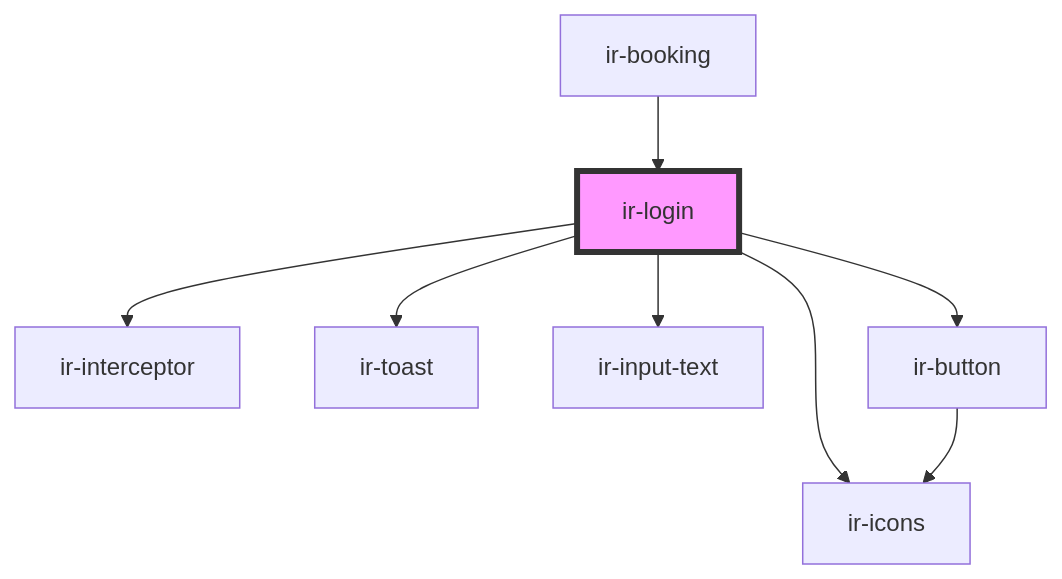
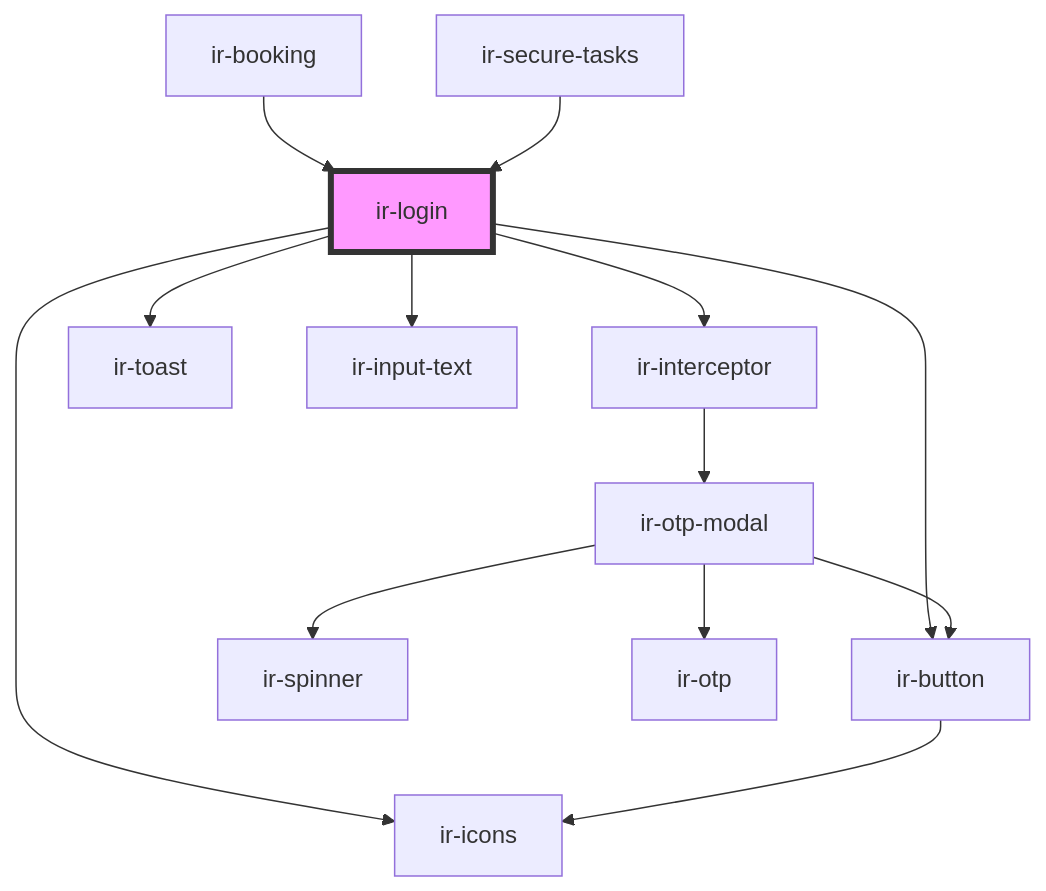
Before and after one commit to RonyRizk/ir-webcmp: the diagram in src/components/ir-login/readme.md, drawn with Mermaid. The commit also changed other lines of this file and 293 other files, not shown here.

````diff
--- a/src/components/ir-login/readme.md
+++ b/src/components/ir-login/readme.md
@@ -30,11 +31,16 @@
 ```mermaid
 graph TD;
   ir-login --> ir-interceptor
   ir-login --> ir-toast
   ir-login --> ir-input-text
   ir-login --> ir-icons
   ir-login --> ir-button
+  ir-interceptor --> ir-otp-modal
+  ir-otp-modal --> ir-spinner
+  ir-otp-modal --> ir-otp
+  ir-otp-modal --> ir-button
   ir-button --> ir-icons
   ir-booking --> ir-login
+  ir-secure-tasks --> ir-login
   style ir-login fill:#f9f,stroke:#333,stroke-width:4px
 ```
````
